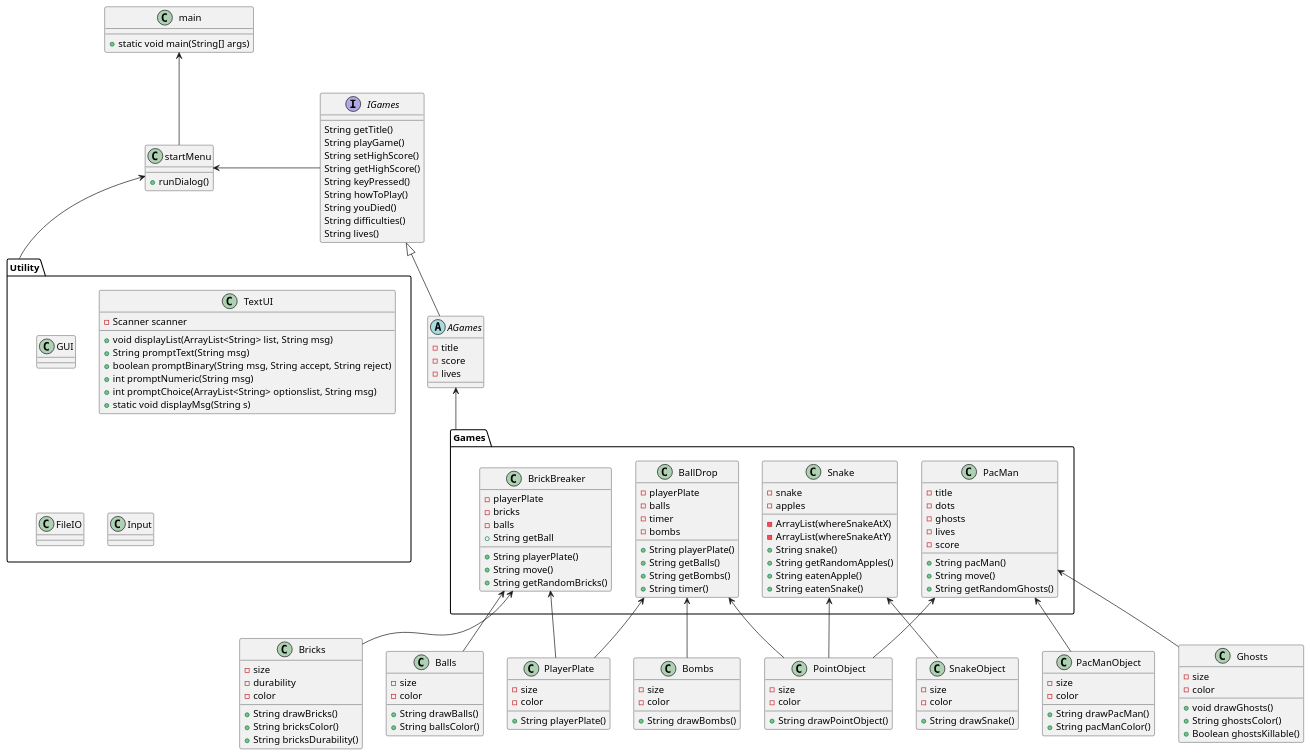
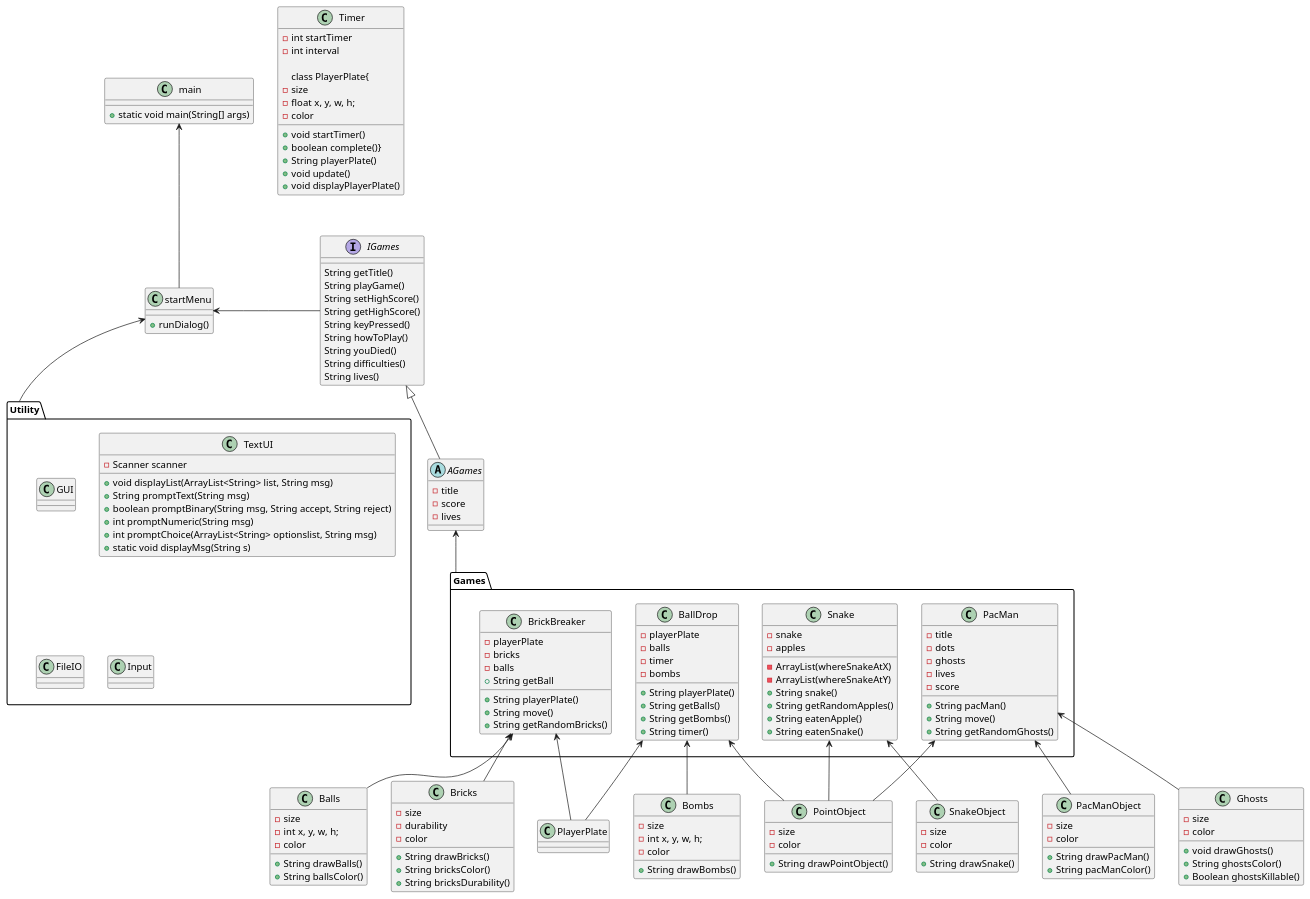
One commit to RikkeMariussen/ICE-opgave changed the diagram in doc/Plan/classdiagram.puml. Above: the diagram before and after it, drawn with PlantUML.

Commit message:
Klassediagram vedr. BallDrop

```diff
--- a/doc/Plan/classdiagram.puml
+++ b/doc/Plan/classdiagram.puml
@@ -1,180 +1,191 @@
 @startuml
 'https://plantuml.com/class-diagram
 
 class main{
 + static void main(String[] args)
 }
 class startMenu{
 + runDialog()
 }
 
 interface IGames{
 String getTitle()
 String playGame()
 String setHighScore()
 String getHighScore()
 String keyPressed()
 String howToPlay()
 String youDied()
 String difficulties()
 String lives()
 }
 
 abstract class AGames{
 - title
 - score
 - lives
 }
 
 package Games <<Folder>> {
 
 class BrickBreaker{
 - playerPlate
 - bricks
 - balls
 + String playerPlate()
 + String getBall
 + String move()
 + String getRandomBricks()
 }
 
 class BallDrop{
 - playerPlate
 - balls
 - timer
 - bombs
 + String playerPlate()
 + String getBalls()
 + String getBombs()
 + String timer()
 }
 
 class Snake{
 - snake
 - apples
 - ArrayList(whereSnakeAtX)
 - ArrayList(whereSnakeAtY)
 + String snake()
 + String getRandomApples()
 + String eatenApple()
 + String eatenSnake()
 }
 
 class PacMan{
 - title
 - dots
 - ghosts
 - lives
 - score
 + String pacMan()
 + String move()
 + String getRandomGhosts()
 }
 }
 
 package Utility <<Folder>> {
 class GUI{
 }
 class TextUI{
 - Scanner scanner
 + void displayList(ArrayList<String> list, String msg)
 + String promptText(String msg)
 + boolean promptBinary(String msg, String accept, String reject)
 + int promptNumeric(String msg)
 + int promptChoice(ArrayList<String> optionslist, String msg)
 + static void displayMsg(String s)
 }
 class FileIO{
 }
 class Input{
 }
 }
 
 class Balls{
 - size
+- int x, y, w, h;
 - color
 + String drawBalls()
 + String ballsColor()
 }
 
 class Bombs{
 - size
+- int x, y, w, h;
 - color
 + String drawBombs()
 }
 
+class Timer{
+- int startTimer
+- int interval
++ void startTimer()
++ boolean complete()}
+
 class PlayerPlate{
 - size
+- float x, y, w, h;
 - color
 + String playerPlate()
++ void update()
++ void displayPlayerPlate()
 }
 
 class SnakeObject{
 - size
 - color
 + String drawSnake()
 }
 
 class PointObject{
 'Apples, cheese and cherries for Snake and PacMan
 - size
 - color
 + String drawPointObject()
 }
 
 class Bricks{
 - size
 - durability
 - color
 + String drawBricks()
 + String bricksColor()
 + String bricksDurability()
 }
 
 class PacManObject{
 - size
 - color
 + String drawPacMan()
 + String pacManColor()
 }
 
 class Ghosts{
 - size
 - color
 + void drawGhosts()
 + String ghostsColor()
 + Boolean ghostsKillable()
 }
 
 main <-- startMenu
 startMenu <- IGames
 
 IGames <|-- AGames
 
 AGames <-- Games
 'AGames <|-- Snake
 'AGames <|-- BrickBreaker
 'AGames <|-- BallDrop
 'AGames <|-- PacMan
 
 startMenu <-- Utility
 'startMenu <-- GUI
 'startMenu <-- TextUI
 'startMenu <-- FileIO
 
 BrickBreaker <-- Bricks
 BrickBreaker <-- PlayerPlate
 BrickBreaker <-- Balls
 
 BallDrop <-- PlayerPlate
 BallDrop <-- PointObject
 BallDrop <-- Bombs
 
 Snake <-- SnakeObject
 Snake <-- PointObject
 
 PacMan <-- PacManObject
 PacMan <-- Ghosts
 PacMan <-- PointObject
 
 @enduml
```
